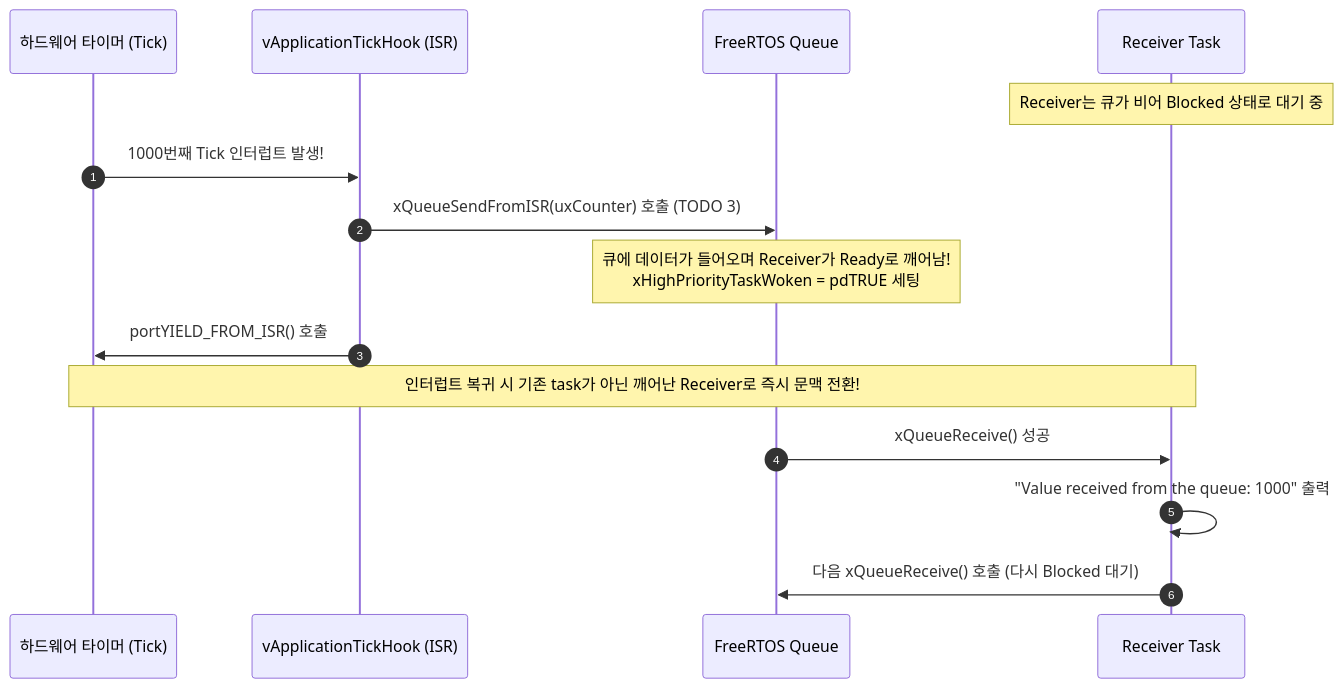
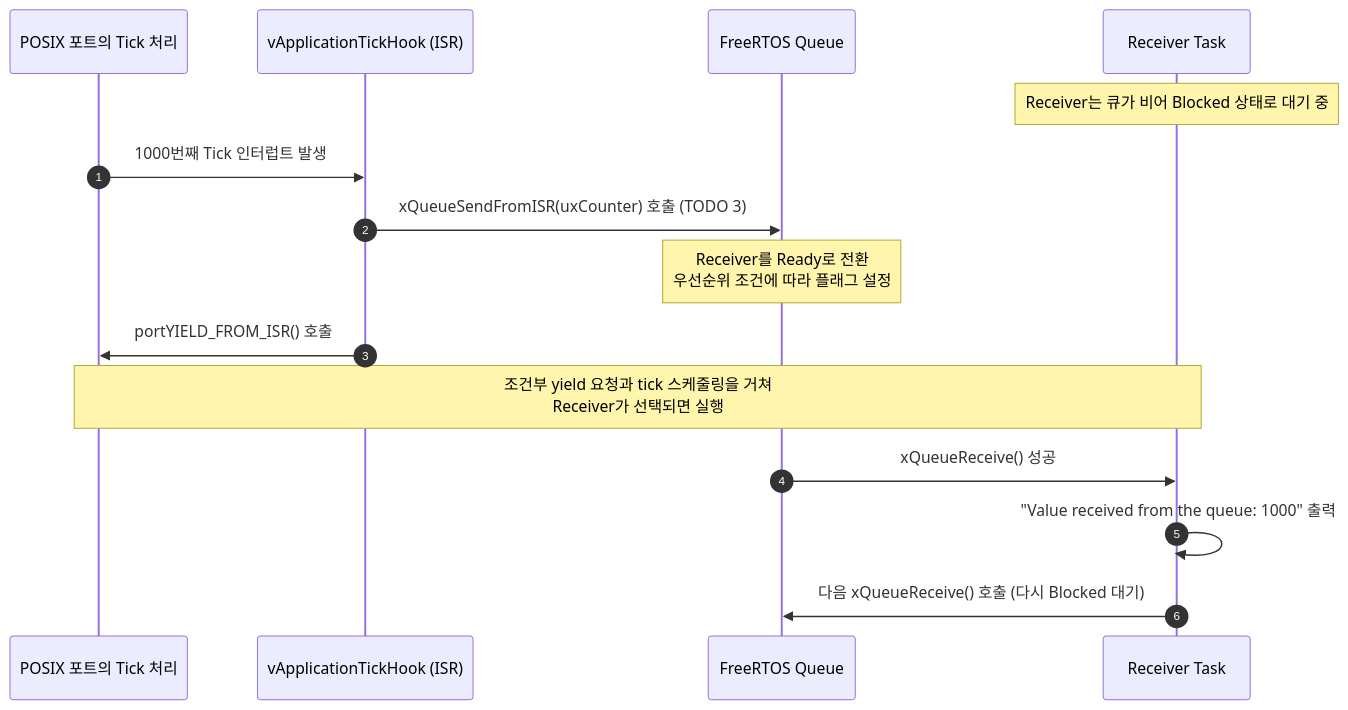
One commit to yunju-baek/FreeRTOS-Tutorials-ko changed the second of 2 diagrams in ko/guides/tutorial_10.md. Above: the diagram before and after it, drawn with Mermaid. The commit also changed other lines of this file and 37 other files, not shown here.

````diff
--- a/ko/guides/tutorial_10.md
+++ b/ko/guides/tutorial_10.md
@@ -66,18 +73,18 @@
 ```mermaid
 sequenceDiagram
     autonumber
-    participant HW as 하드웨어 타이머 (Tick)
+    participant HW as POSIX 포트의 Tick 처리
     participant ISR as vApplicationTickHook (ISR)
     participant Q as FreeRTOS Queue
     participant R as Receiver Task
 
     Note over R: Receiver는 큐가 비어 Blocked 상태로 대기 중
-    HW->>ISR: 1000번째 Tick 인터럽트 발생!
+    HW->>ISR: 1000번째 Tick 인터럽트 발생
     ISR->>Q: xQueueSendFromISR(uxCounter) 호출 (TODO 3)
-    Note over Q: 큐에 데이터가 들어오며 Receiver가 Ready로 깨어남!<br/>xHighPriorityTaskWoken = pdTRUE 세팅
+    Note over Q: Receiver를 Ready로 전환<br/>우선순위 조건에 따라 플래그 설정
     ISR->>HW: portYIELD_FROM_ISR() 호출
-    Note over HW,R: 인터럽트 복귀 시 기존 task가 아닌 깨어난 Receiver로 즉시 문맥 전환!
+    Note over HW,R: 조건부 yield 요청과 tick 스케줄링을 거쳐<br/>Receiver가 선택되면 실행
     Q->>R: xQueueReceive() 성공
     R->>R: "Value received from the queue: 1000" 출력
     R->>Q: 다음 xQueueReceive() 호출 (다시 Blocked 대기)
 ```
````
